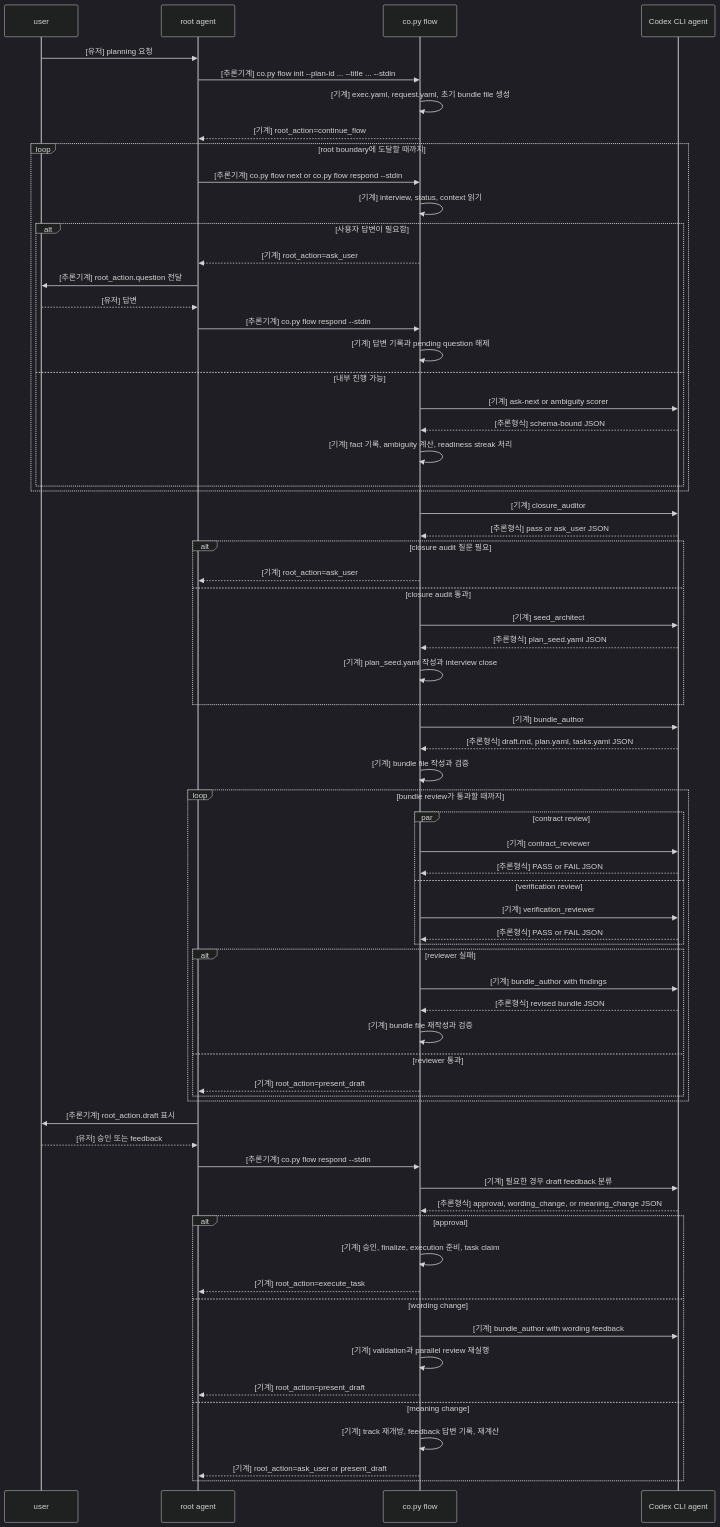
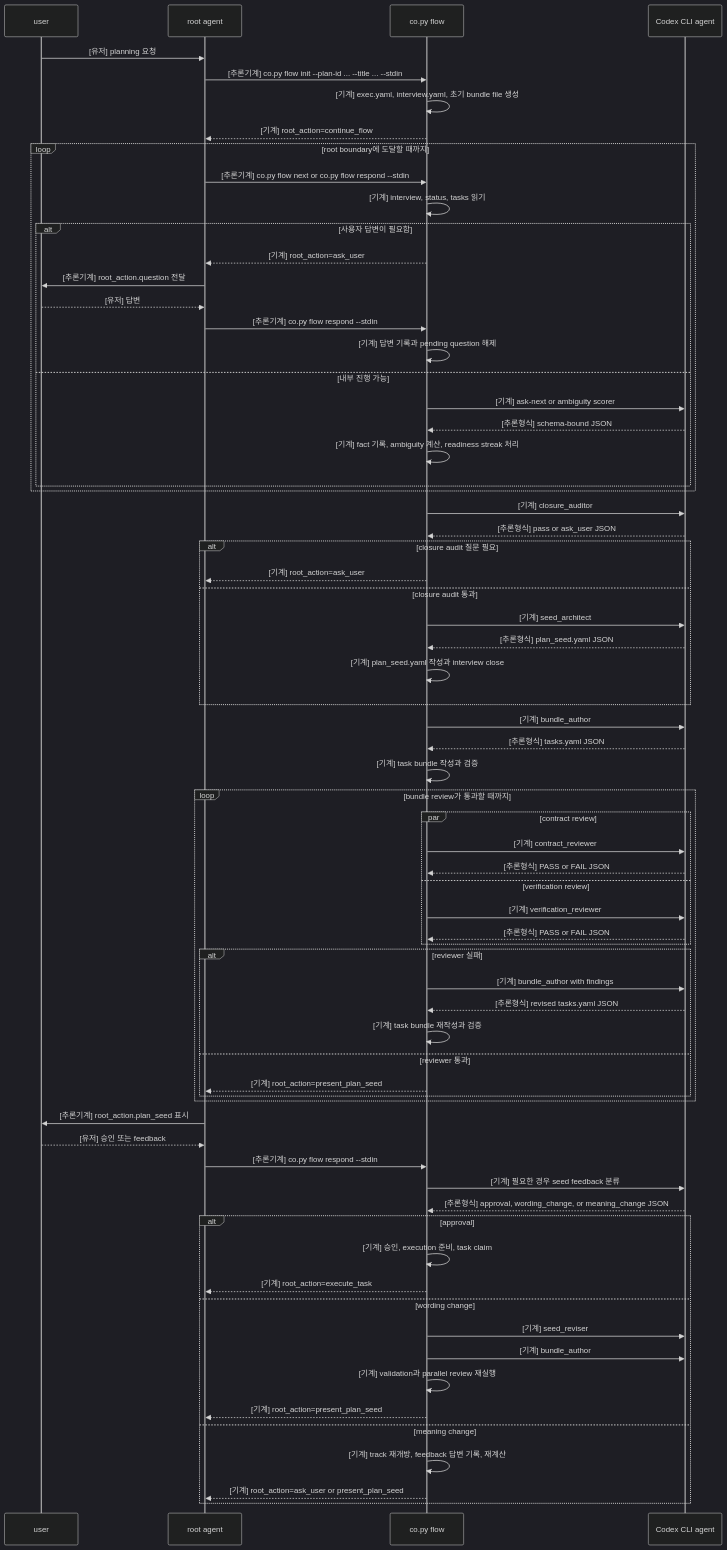
Before and after one commit to mym0404/coflow: the first of 2 diagrams in COPLAN.md, drawn with Mermaid (dark theme). The commit also changed other lines of this file and 10 other files, not shown here.

Commit message:
feat: collapse coplan bundle to plan seed contract

````diff
--- a/COPLAN.md
+++ b/COPLAN.md
@@ -8,76 +8,77 @@
 ```mermaid
 sequenceDiagram
   participant User as user
   participant Root as root agent
   participant Co as co.py flow
   participant Agent as Codex CLI agent
 
   User->>Root: [유저] planning 요청
   Root->>Co: [추론기계] co.py flow init --plan-id ... --title ... --stdin
-  Co->>Co: [기계] exec.yaml, request.yaml, 초기 bundle file 생성
+  Co->>Co: [기계] exec.yaml, interview.yaml, 초기 bundle file 생성
   Co-->>Root: [기계] root_action=continue_flow
 
   loop root boundary에 도달할 때까지
     Root->>Co: [추론기계] co.py flow next or co.py flow respond --stdin
-    Co->>Co: [기계] interview, status, context 읽기
+    Co->>Co: [기계] interview, status, tasks 읽기
     alt 사용자 답변이 필요함
       Co-->>Root: [기계] root_action=ask_user
       Root->>User: [추론기계] root_action.question 전달
       User-->>Root: [유저] 답변
       Root->>Co: [추론기계] co.py flow respond --stdin
       Co->>Co: [기계] 답변 기록과 pending question 해제
     else 내부 진행 가능
       Co->>Agent: [기계] ask-next or ambiguity scorer
       Agent-->>Co: [추론형식] schema-bound JSON
       Co->>Co: [기계] fact 기록, ambiguity 계산, readiness streak 처리
     end
   end
 
   Co->>Agent: [기계] closure_auditor
   Agent-->>Co: [추론형식] pass or ask_user JSON
   alt closure audit 질문 필요
     Co-->>Root: [기계] root_action=ask_user
   else closure audit 통과
     Co->>Agent: [기계] seed_architect
     Agent-->>Co: [추론형식] plan_seed.yaml JSON
     Co->>Co: [기계] plan_seed.yaml 작성과 interview close
   end
 
   Co->>Agent: [기계] bundle_author
-  Agent-->>Co: [추론형식] draft.md, plan.yaml, tasks.yaml JSON
-  Co->>Co: [기계] bundle file 작성과 검증
+  Agent-->>Co: [추론형식] tasks.yaml JSON
+  Co->>Co: [기계] task bundle 작성과 검증
 
   loop bundle review가 통과할 때까지
     par contract review
       Co->>Agent: [기계] contract_reviewer
       Agent-->>Co: [추론형식] PASS or FAIL JSON
     and verification review
       Co->>Agent: [기계] verification_reviewer
       Agent-->>Co: [추론형식] PASS or FAIL JSON
     end
     alt reviewer 실패
       Co->>Agent: [기계] bundle_author with findings
-      Agent-->>Co: [추론형식] revised bundle JSON
-      Co->>Co: [기계] bundle file 재작성과 검증
+      Agent-->>Co: [추론형식] revised tasks.yaml JSON
+      Co->>Co: [기계] task bundle 재작성과 검증
     else reviewer 통과
-      Co-->>Root: [기계] root_action=present_draft
+      Co-->>Root: [기계] root_action=present_plan_seed
     end
   end
 
-  Root->>User: [추론기계] root_action.draft 표시
+  Root->>User: [추론기계] root_action.plan_seed 표시
   User-->>Root: [유저] 승인 또는 feedback
   Root->>Co: [추론기계] co.py flow respond --stdin
-  Co->>Agent: [기계] 필요한 경우 draft feedback 분류
+  Co->>Agent: [기계] 필요한 경우 seed feedback 분류
   Agent-->>Co: [추론형식] approval, wording_change, or meaning_change JSON
   alt approval
-    Co->>Co: [기계] 승인, finalize, execution 준비, task claim
+    Co->>Co: [기계] 승인, execution 준비, task claim
     Co-->>Root: [기계] root_action=execute_task
   else wording change
-    Co->>Agent: [기계] bundle_author with wording feedback
+    Co->>Agent: [기계] seed_reviser
+    Co->>Agent: [기계] bundle_author
     Co->>Co: [기계] validation과 parallel review 재실행
-    Co-->>Root: [기계] root_action=present_draft
+    Co-->>Root: [기계] root_action=present_plan_seed
   else meaning change
     Co->>Co: [기계] track 재개방, feedback 답변 기록, 재계산
-    Co-->>Root: [기계] root_action=ask_user or present_draft
+    Co-->>Root: [기계] root_action=ask_user or present_plan_seed
   end
 ```
````
